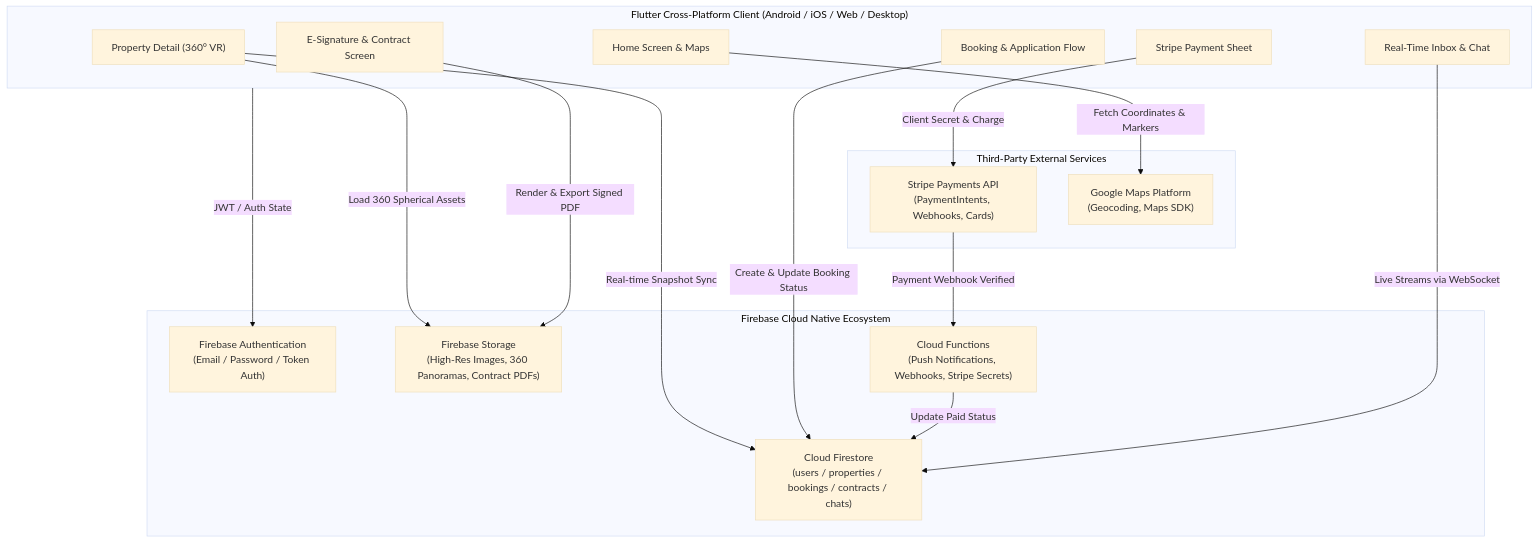
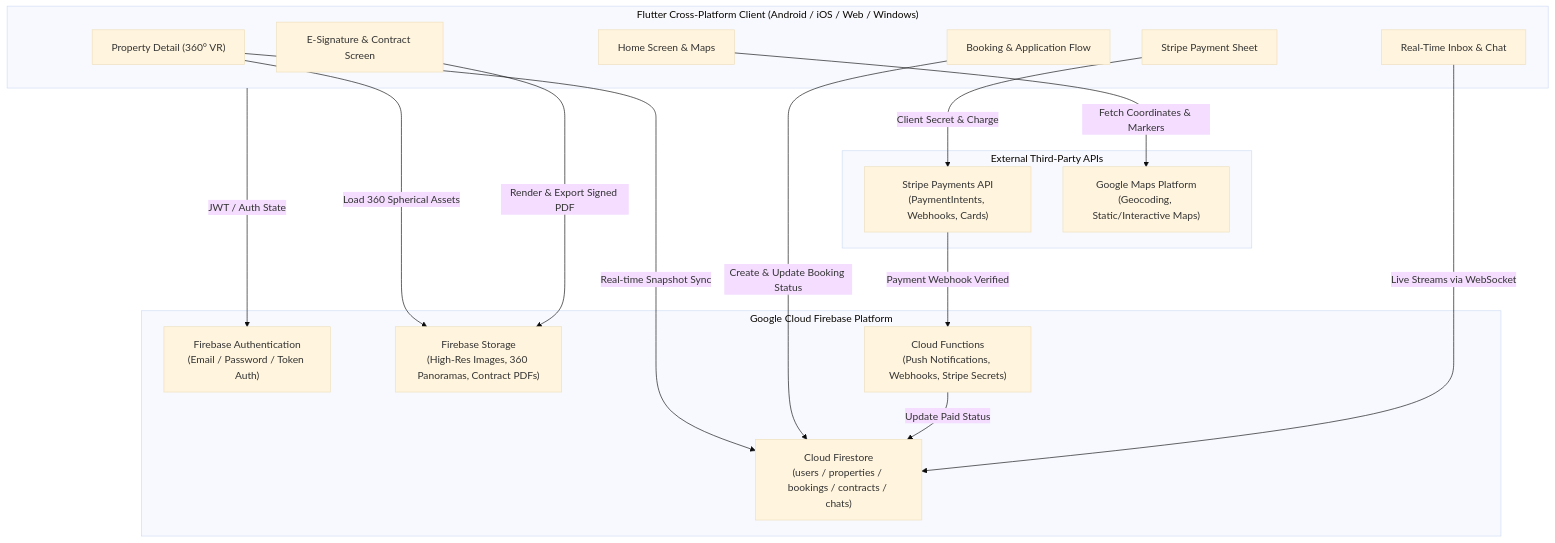
Before and after one commit to MOYUNXUAN4/smart_rental_system: the first of 3 diagrams in README.md, drawn with Mermaid (base theme). The commit also changed other lines of this file, not shown here.

````diff
--- a/README.md
+++ b/README.md
@@ -54,34 +66,34 @@
 ```mermaid
 flowchart TD
-    subgraph Client ["Flutter Cross-Platform Client (Android / iOS / Web / Desktop)"]
+    subgraph Client ["Flutter Cross-Platform Client (Android / iOS / Web / Windows)"]
         UI_Home["Home Screen & Maps"]
         UI_Detail["Property Detail (360° VR)"]
         UI_Booking["Booking & Application Flow"]
         UI_Contract["E-Signature & Contract Screen"]
         UI_Payment["Stripe Payment Sheet"]
         UI_Chat["Real-Time Inbox & Chat"]
     end
 
-    subgraph Firebase ["Firebase Cloud Native Ecosystem"]
+    subgraph Firebase ["Google Cloud Firebase Platform"]
         Auth["Firebase Authentication\n(Email / Password / Token Auth)"]
         Firestore["Cloud Firestore\n(users / properties / bookings / contracts / chats)"]
         Storage["Firebase Storage\n(High-Res Images, 360 Panoramas, Contract PDFs)"]
         Functions["Cloud Functions\n(Push Notifications, Webhooks, Stripe Secrets)"]
     end
 
-    subgraph External ["Third-Party External Services"]
+    subgraph External ["External Third-Party APIs"]
         Stripe["Stripe Payments API\n(PaymentIntents, Webhooks, Cards)"]
-        GMap["Google Maps Platform\n(Geocoding, Maps SDK)"]
+        GMap["Google Maps Platform\n(Geocoding, Static/Interactive Maps)"]
     end
 
     Client -->|JWT / Auth State| Auth
     UI_Home -->|Fetch Coordinates & Markers| GMap
     UI_Detail -->|Load 360 Spherical Assets| Storage
     UI_Detail -->|Real-time Snapshot Sync| Firestore
     UI_Booking -->|Create & Update Booking Status| Firestore
     UI_Contract -->|Render & Export Signed PDF| Storage
     UI_Payment -->|Client Secret & Charge| Stripe
     Stripe -->|Payment Webhook Verified| Functions
     Functions -->|Update Paid Status| Firestore
     UI_Chat -->|Live Streams via WebSocket| Firestore
 ```
````
